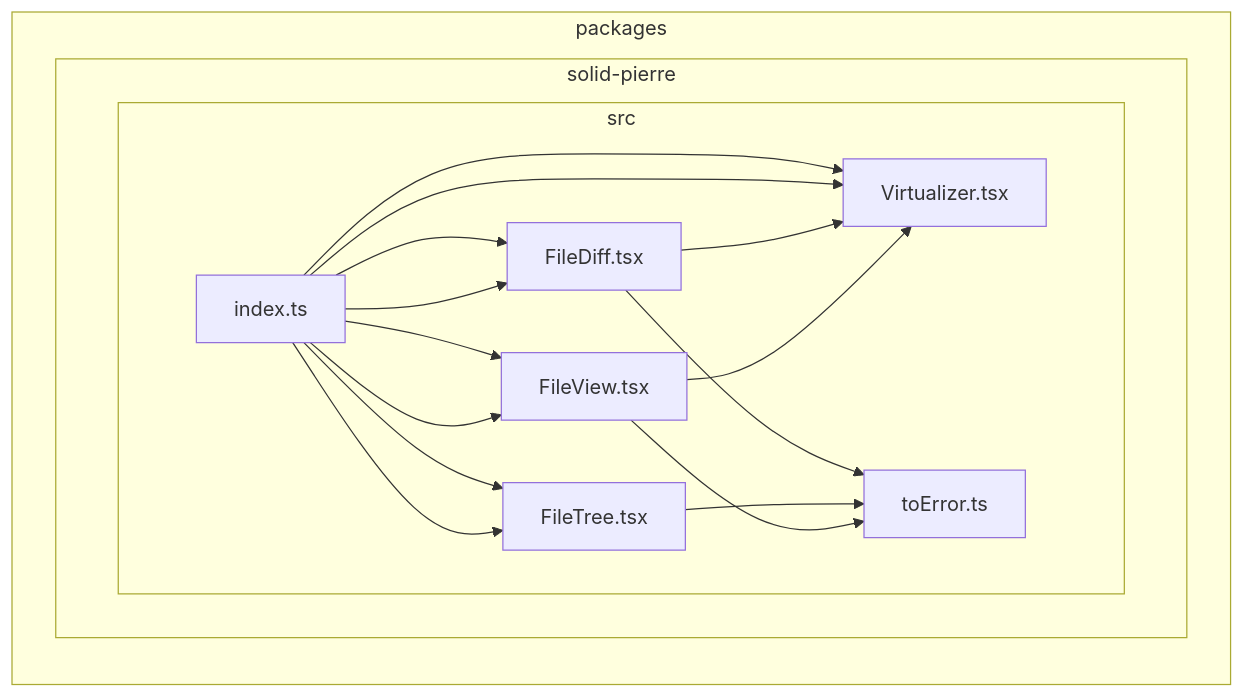
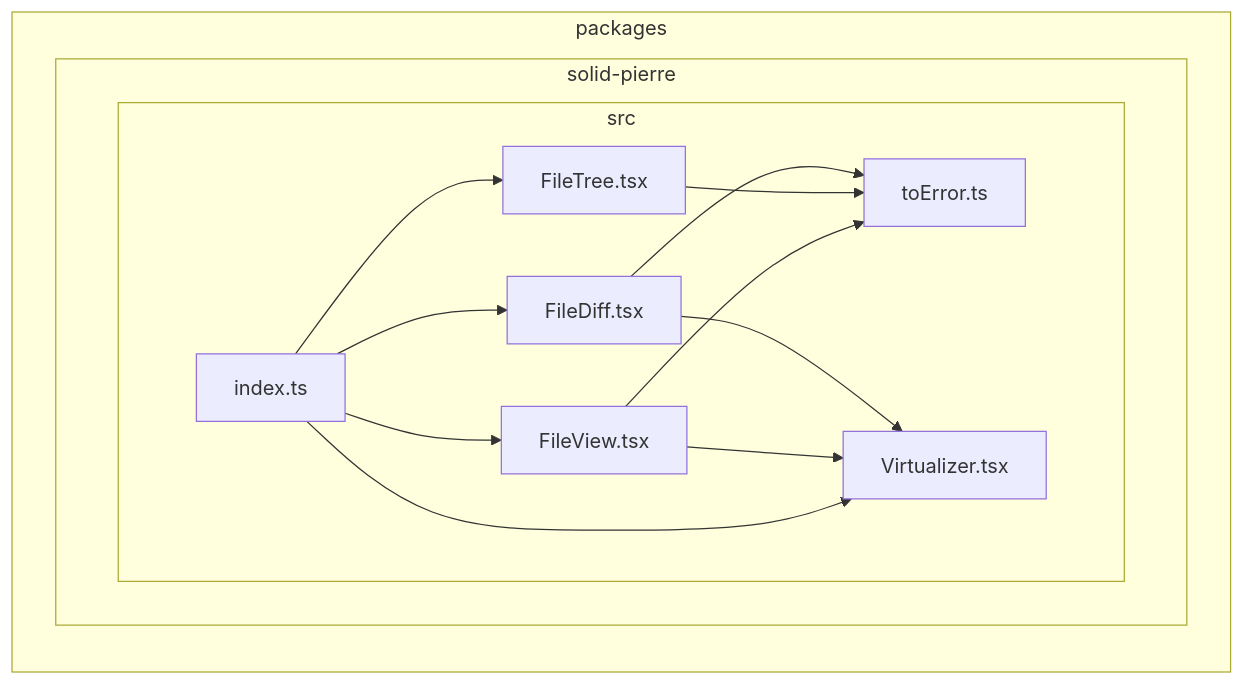
One commit to juspay/kolu changed diagram 13 of 17 in docs/dependency-graph.md. Above: the diagram before and after it, drawn with Mermaid. The commit also changed other lines of this file and 1 other file, not shown here.

First line of the commit message:
chore(depcruise): cluster per-package graphs by subfolder, drop test files

````diff
--- a/docs/dependency-graph.md
+++ b/docs/dependency-graph.md
@@ -1130,29 +634,25 @@
 ```mermaid
 flowchart LR
 
 subgraph packages["packages"]
   subgraph packages_solid_pierre["solid-pierre"]
     subgraph packages_solid_pierre_src["src"]
-      packages_solid_pierre_src_index_ts["index.ts"]
       packages_solid_pierre_src_FileDiff_tsx["FileDiff.tsx"]
-      packages_solid_pierre_src_toError_ts["toError.ts"]
-      packages_solid_pierre_src_Virtualizer_tsx["Virtualizer.tsx"]
       packages_solid_pierre_src_FileTree_tsx["FileTree.tsx"]
       packages_solid_pierre_src_FileView_tsx["FileView.tsx"]
+      packages_solid_pierre_src_Virtualizer_tsx["Virtualizer.tsx"]
+      packages_solid_pierre_src_index_ts["index.ts"]
+      packages_solid_pierre_src_toError_ts["toError.ts"]
     end
   end
 end
-packages_solid_pierre_src_index_ts-->packages_solid_pierre_src_FileDiff_tsx
-packages_solid_pierre_src_index_ts-->packages_solid_pierre_src_FileDiff_tsx
-packages_solid_pierre_src_index_ts-->packages_solid_pierre_src_FileTree_tsx
-packages_solid_pierre_src_index_ts-->packages_solid_pierre_src_FileTree_tsx
-packages_solid_pierre_src_index_ts-->packages_solid_pierre_src_FileView_tsx
-packages_solid_pierre_src_index_ts-->packages_solid_pierre_src_FileView_tsx
-packages_solid_pierre_src_index_ts-->packages_solid_pierre_src_Virtualizer_tsx
-packages_solid_pierre_src_index_ts-->packages_solid_pierre_src_Virtualizer_tsx
 packages_solid_pierre_src_FileDiff_tsx-->packages_solid_pierre_src_toError_ts
 packages_solid_pierre_src_FileDiff_tsx-->packages_solid_pierre_src_Virtualizer_tsx
 packages_solid_pierre_src_FileTree_tsx-->packages_solid_pierre_src_toError_ts
 packages_solid_pierre_src_FileView_tsx-->packages_solid_pierre_src_toError_ts
 packages_solid_pierre_src_FileView_tsx-->packages_solid_pierre_src_Virtualizer_tsx
+packages_solid_pierre_src_index_ts-->packages_solid_pierre_src_FileDiff_tsx
+packages_solid_pierre_src_index_ts-->packages_solid_pierre_src_FileTree_tsx
+packages_solid_pierre_src_index_ts-->packages_solid_pierre_src_FileView_tsx
+packages_solid_pierre_src_index_ts-->packages_solid_pierre_src_Virtualizer_tsx
 ```
````
